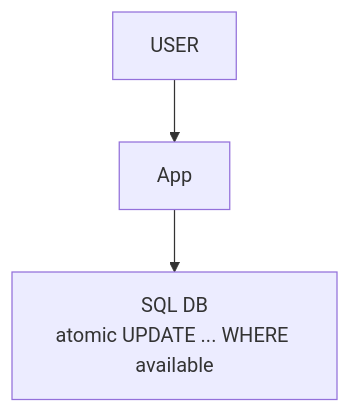
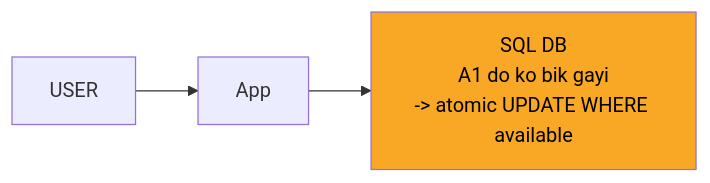
The second of 9 diagrams in 04_HLD/SYSTEM_DESIGNS/09_bookmyshow/09_bookmyshow_INTERVIEW.md (ArpanMaheshwari144/Prep), drawn with Mermaid before and after one commit. The commit also changed other lines of this file and 2 other files, not shown here.

Commit message:
news, bookmyshow, cache: one-day story, short cards, follow-ups with rules, highlighted diagrams

````diff
--- a/04_HLD/SYSTEM_DESIGNS/09_bookmyshow/09_bookmyshow_INTERVIEW.md
+++ b/04_HLD/SYSTEM_DESIGNS/09_bookmyshow/09_bookmyshow_INTERVIEW.md
@@ -80,8 +90,9 @@
 ```mermaid
-flowchart TD
+flowchart LR
     n_USER["USER"]
     n_App["App"]
-    n_SQL_DB["SQL DB<br/>atomic UPDATE ... WHERE available"]
+    n_SQL_DB["SQL DB<br/>A1 do ko bik gayi<br/>-> atomic UPDATE WHERE available"]
     n_USER --> n_App
     n_App --> n_SQL_DB
+    style n_SQL_DB fill:#f9a825,color:#000
 ```
````
